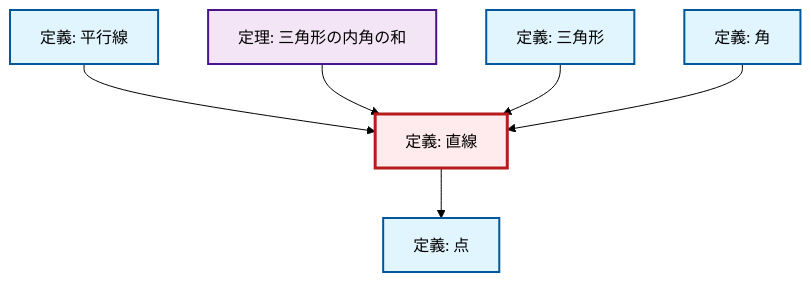
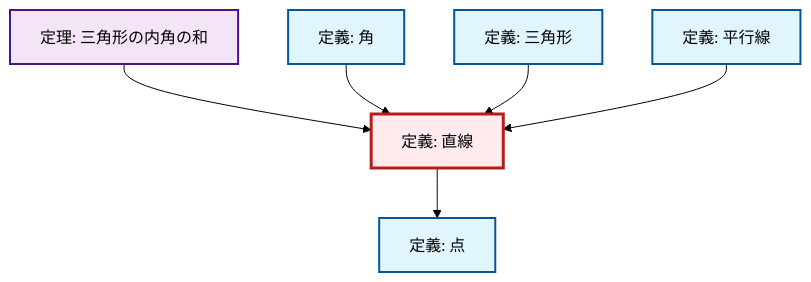
The diagram in output/mermaid/ja/def-line.mermaid (RK0429/ModernMath), drawn with Mermaid (forest theme) before and after one commit. The commit also changed other lines of this file and 3094 other files, not shown here.

```diff
--- a/output/mermaid/ja/def-line.mermaid
+++ b/output/mermaid/ja/def-line.mermaid
@@ -1,19 +1,19 @@
 %%| fig-cap: "Local dependency graph"
 graph TD
     classDef definition fill:#e1f5fe,stroke:#01579b,stroke-width:2px
     classDef theorem fill:#f3e5f5,stroke:#4a148c,stroke-width:2px
     classDef axiom fill:#fff3e0,stroke:#e65100,stroke-width:2px
     classDef example fill:#e8f5e9,stroke:#1b5e20,stroke-width:2px
     classDef current fill:#ffebee,stroke:#b71c1c,stroke-width:3px
-    def-parallel["定義: 平行線"]:::definition
+    def-line["定義: 直線"]:::definition
+    def-point["定義: 点"]:::definition
+    def-angle["定義: 角"]:::definition
     thm-angle-sum-triangle["定理: 三角形の内角の和"]:::theorem
     def-triangle["定義: 三角形"]:::definition
-    def-angle["定義: 角"]:::definition
-    def-point["定義: 点"]:::definition
-    def-line["定義: 直線"]:::definition
+    def-parallel["定義: 平行線"]:::definition
+    def-line --> def-point
+    thm-angle-sum-triangle --> def-line
+    def-angle --> def-line
+    def-triangle --> def-line
     def-parallel --> def-line
-    thm-angle-sum-triangle --> def-line
-    def-line --> def-point
-    def-triangle --> def-line
-    def-angle --> def-line
     class def-line current
```
